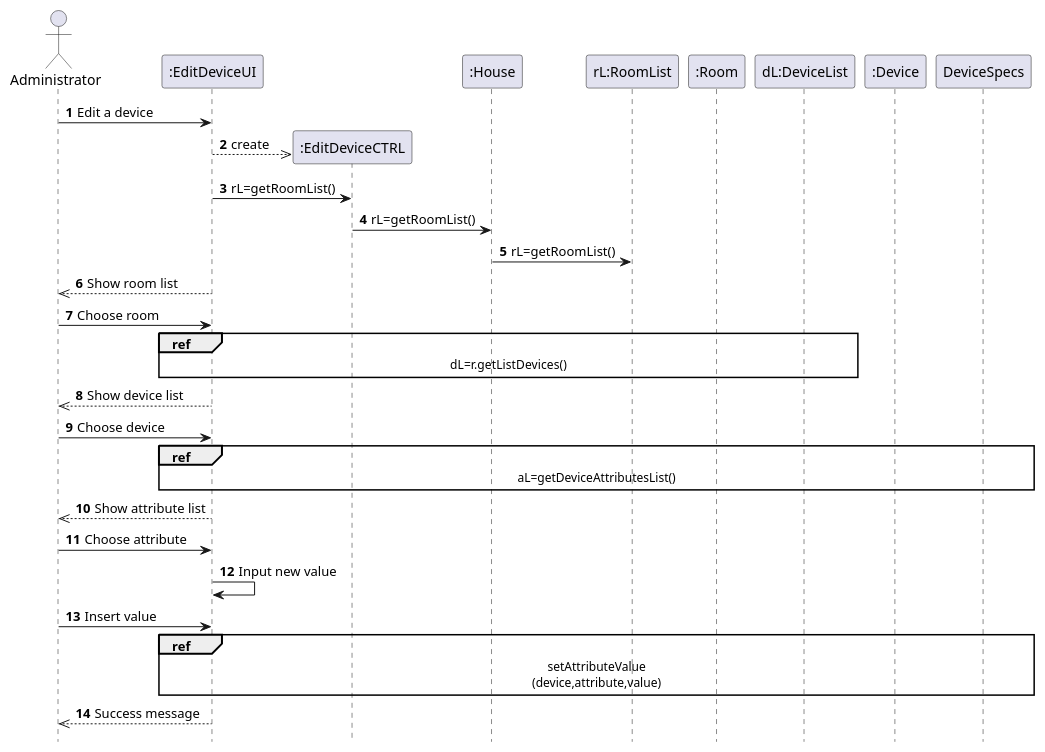
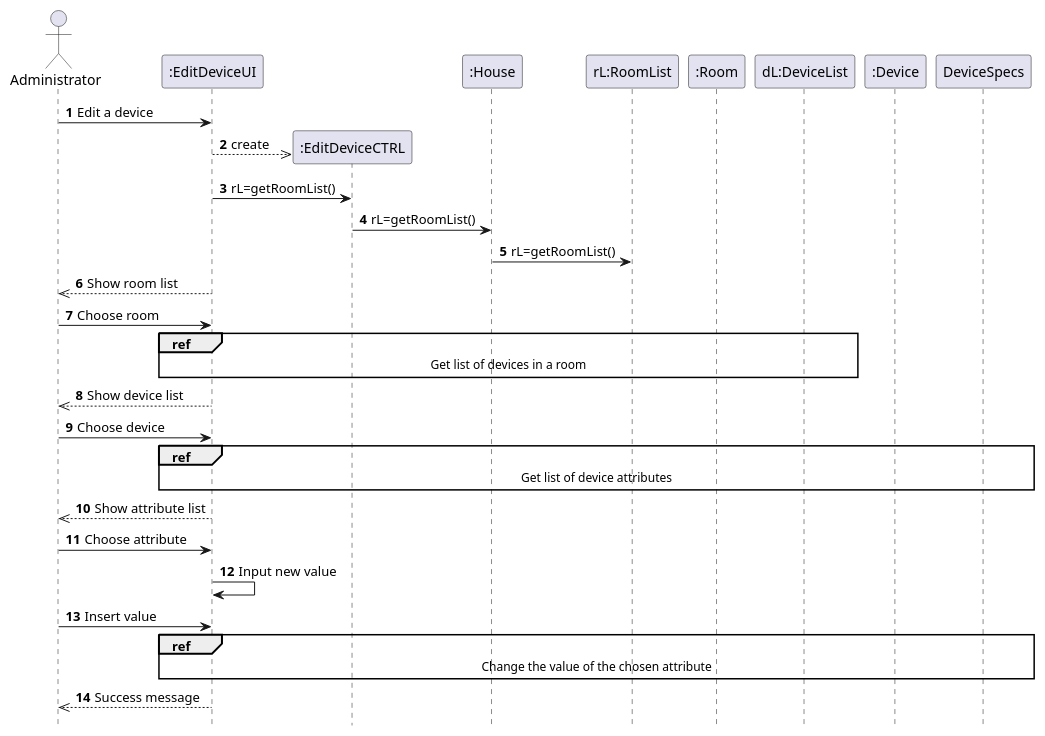
One commit to emanuel-pereira/hou changed the diagram in src/main/java/smarthome/uml/sequencediagrams/EditDeviceSequence.puml. Above: the diagram before and after it, drawn with PlantUML. The commit also changed 7 other files, not shown here.

Commit message:
Correction of diagrams: Domain Model, EditDevice Sequence Diagram and Class Diagram, EnergyConsumptionOfWaterHeating Sequence Diagram

```diff
--- a/src/main/java/smarthome/uml/sequencediagrams/EditDeviceSequence.puml
+++ b/src/main/java/smarthome/uml/sequencediagrams/EditDeviceSequence.puml
@@ -1,40 +1,40 @@
 @startuml
 autonumber
 hidefootbox
 actor Administrator
 
 
 Administrator -> ":EditDeviceUI": Edit a device
 create ":EditDeviceCTRL"
 
 ":EditDeviceUI" -->> ":EditDeviceCTRL": create
 
 ":EditDeviceUI" -> ":EditDeviceCTRL": rL=getRoomList()
 ":EditDeviceCTRL" -> ":House": rL=getRoomList()
 ":House"-> "rL:RoomList": rL=getRoomList()
 
 
 Administrator <<-- ":EditDeviceUI": Show room list
 Administrator -> ":EditDeviceUI": Choose room
 
-ref over ":EditDeviceUI", ":EditDeviceCTRL", ":House", "rL:RoomList", ":Room", "dL:DeviceList": dL=r.getListDevices()
+ref over ":EditDeviceUI", ":EditDeviceCTRL", ":House", "rL:RoomList", ":Room", "dL:DeviceList": Get list of devices in a room
 
 
 
 Administrator <<-- ":EditDeviceUI": Show device list
 Administrator -> ":EditDeviceUI": Choose device
 
-ref over ":EditDeviceUI", ":EditDeviceCTRL", ":House", "rL:RoomList", ":Room", "dL:DeviceList", ":Device", "DeviceSpecs": aL=getDeviceAttributesList()
+ref over ":EditDeviceUI", ":EditDeviceCTRL", ":House", "rL:RoomList", ":Room", "dL:DeviceList", ":Device", "DeviceSpecs": Get list of device attributes
 
 
 Administrator <<-- ":EditDeviceUI": Show attribute list
 Administrator -> ":EditDeviceUI": Choose attribute
 ":EditDeviceUI" -> ":EditDeviceUI": Input new value
 Administrator -> ":EditDeviceUI": Insert value
 
 
-ref over ":EditDeviceUI", ":EditDeviceCTRL", ":House", "rL:RoomList", ":Room", "dL:DeviceList", ":Device", "DeviceSpecs": setAttributeValue\n(device,attribute,value)
+ref over ":EditDeviceUI", ":EditDeviceCTRL", ":House", "rL:RoomList", ":Room", "dL:DeviceList", ":Device", "DeviceSpecs": Change the value of the chosen attribute
 
 
 Administrator <<-- ":EditDeviceUI": Success message
 @enduml
```
